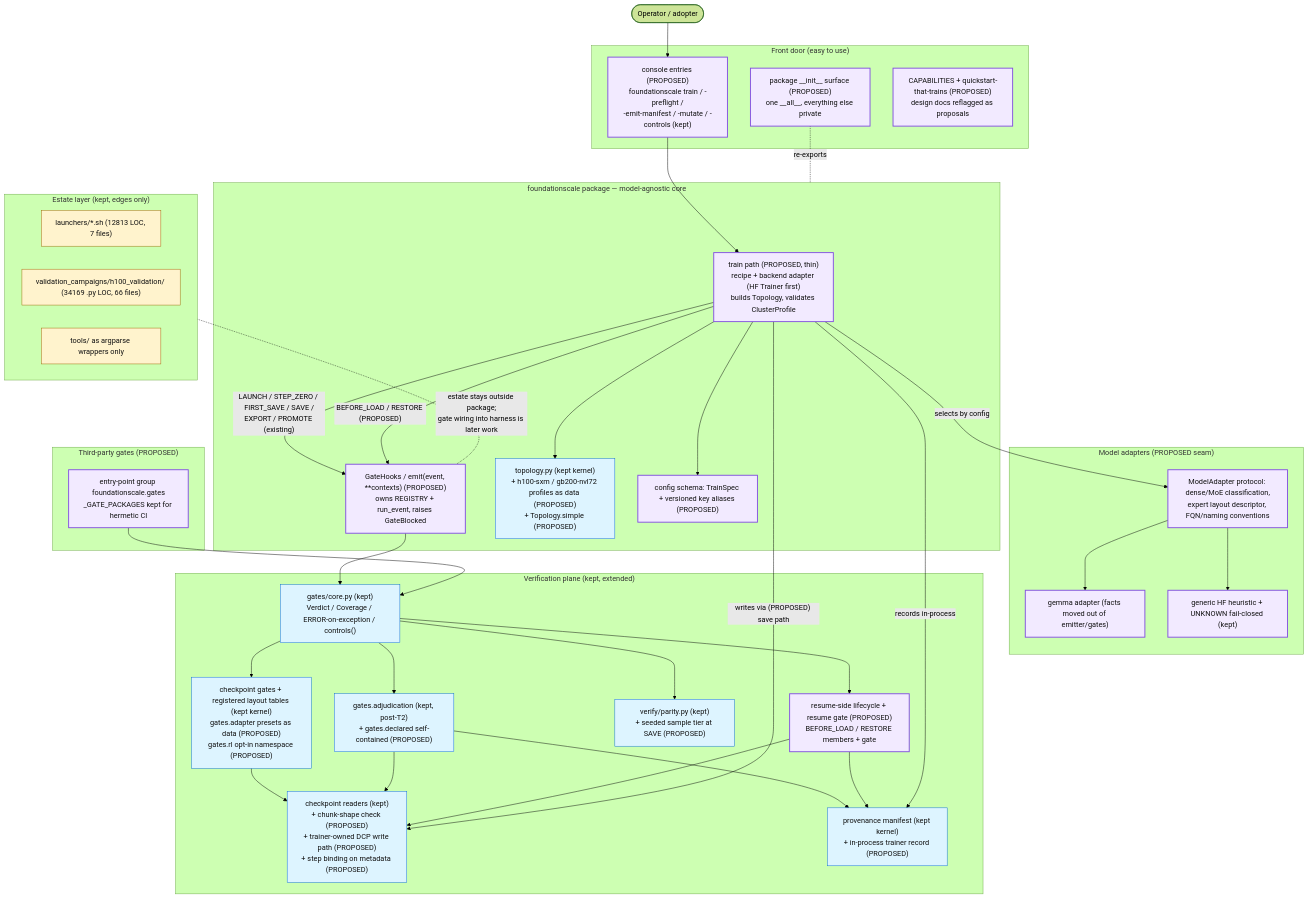
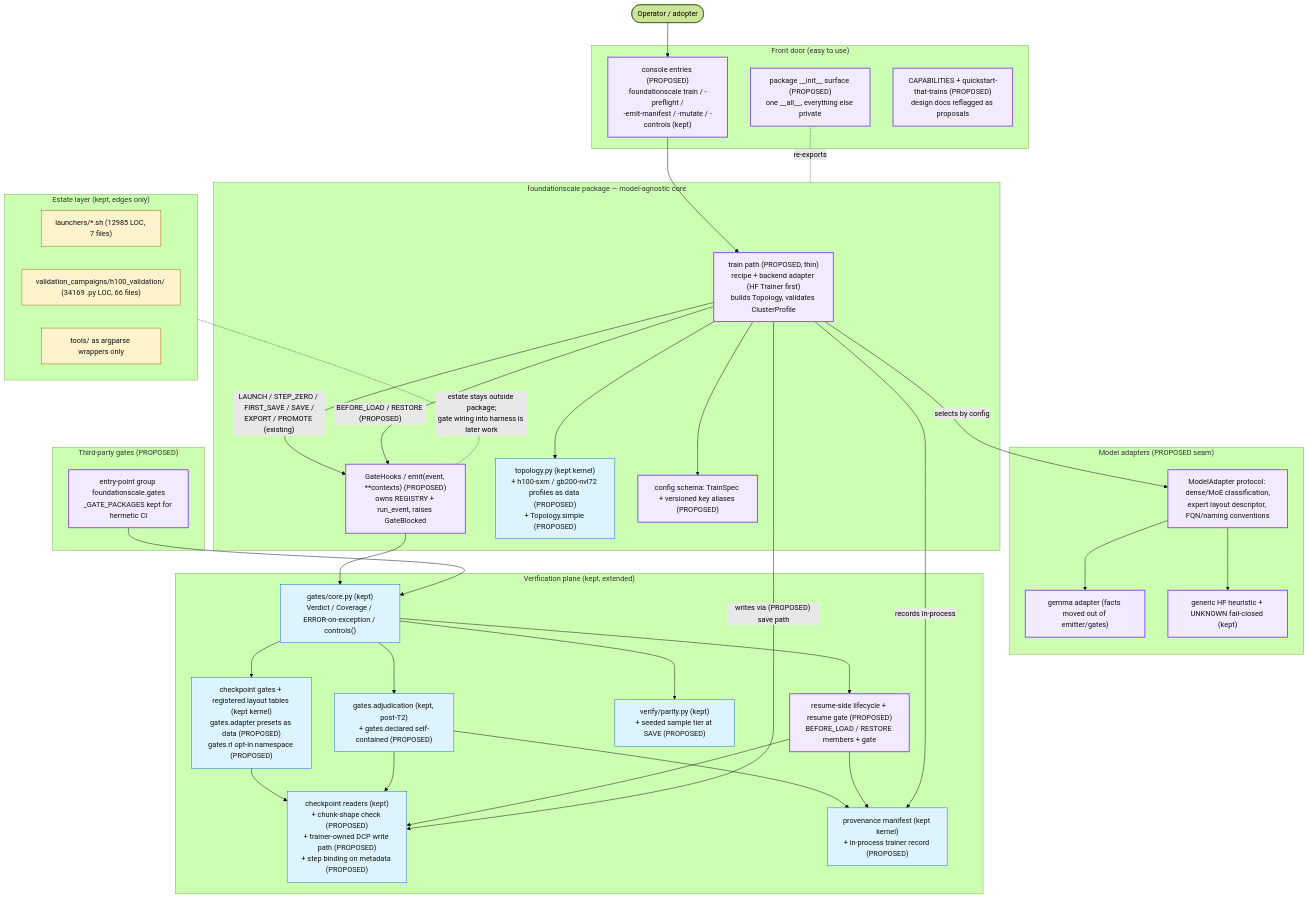
One commit to TranNhiem/FoundationScale changed the diagram in docs/review/D5_proposed_architecture.md. Above: the diagram before and after it, drawn with Mermaid (forest theme). The commit also changed other lines of this file and 14 other files, not shown here.

````diff
--- a/docs/review/D5_proposed_architecture.md
+++ b/docs/review/D5_proposed_architecture.md
@@ -13,74 +13,74 @@
 ```mermaid
 flowchart TB
   U(["Operator / adopter"])
 
   subgraph FRONT["Front door (easy to use)"]
     CLI["console entries (PROPOSED)<br/>foundationscale train / -preflight /<br/>-emit-manifest / -mutate / -controls (kept)"]
     SURF["package __init__ surface (PROPOSED)<br/>one __all__, everything else private"]
     DOCS["CAPABILITIES + quickstart-that-trains (PROPOSED)<br/>design docs reflagged as proposals"]
   end
 
   subgraph CORE["foundationscale package — model-agnostic core"]
     TRAIN["train path (PROPOSED, thin)<br/>recipe + backend adapter (HF Trainer first)<br/>builds Topology, validates ClusterProfile"]
     HOOKS["GateHooks / emit(event, **contexts) (PROPOSED)<br/>owns REGISTRY + run_event, raises GateBlocked"]
     TOPO["topology.py (kept kernel)<br/>+ h100-sxm / gb200-nvl72 profiles as data (PROPOSED)<br/>+ Topology.simple (PROPOSED)"]
     CONFIG["config schema: TrainSpec + versioned key aliases (PROPOSED)"]
   end
 
   subgraph ADAPT["Model adapters (PROPOSED seam)"]
     MA["ModelAdapter protocol: dense/MoE classification,<br/>expert layout descriptor, FQN/naming conventions"]
     GEM["gemma adapter (facts moved out of emitter/gates)"]
     HF["generic HF heuristic + UNKNOWN fail-closed (kept)"]
   end
 
   subgraph VERIFY["Verification plane (kept, extended)"]
     GCORE["gates/core.py (kept)<br/>Verdict / Coverage / ERROR-on-exception / controls()"]
     GCK["checkpoint gates + registered layout tables (kept kernel)<br/>gates.adapter presets as data (PROPOSED)<br/>gates.rl opt-in namespace (PROPOSED)"]
     ADJ["gates.adjudication (kept, post-T2)<br/>+ gates.declared self-contained (PROPOSED)"]
     PAR["verify/parity.py (kept)<br/>+ seeded sample tier at SAVE (PROPOSED)"]
     CKIO["checkpoint readers (kept)<br/>+ chunk-shape check (PROPOSED)<br/>+ trainer-owned DCP write path (PROPOSED)<br/>+ step binding on metadata (PROPOSED)"]
     PROV["provenance manifest (kept kernel)<br/>+ in-process trainer record (PROPOSED)"]
     RES["resume-side lifecycle + resume gate (PROPOSED)<br/>BEFORE_LOAD / RESTORE members + gate"]
   end
 
   subgraph PLUG["Third-party gates (PROPOSED)"]
     EP["entry-point group foundationscale.gates<br/>_GATE_PACKAGES kept for hermetic CI"]
   end
 
   subgraph ESTATE["Estate layer (kept, edges only)"]
-    LAU["launchers/*.sh (12813 LOC, 7 files)"]
+    LAU["launchers/*.sh (12985 LOC, 7 files)"]
     H100["validation_campaigns/h100_validation/ (34169 .py LOC, 66 files)"]
     WRAP["tools/ as argparse wrappers only"]
   end
 
   U --> CLI --> TRAIN
   SURF -. re-exports .- CORE
   TRAIN --> TOPO
   TRAIN --> CONFIG
   TRAIN -- "selects by config" --> MA
   MA --> GEM
   MA --> HF
   TRAIN -- "LAUNCH / STEP_ZERO / FIRST_SAVE / SAVE /<br/>EXPORT / PROMOTE (existing)" --> HOOKS
   TRAIN -- "BEFORE_LOAD / RESTORE (PROPOSED)" --> HOOKS
   HOOKS --> GCORE
   EP --> GCORE
   GCORE --> GCK
   GCORE --> ADJ
   GCORE --> PAR
   GCORE --> RES
   GCK --> CKIO
   ADJ --> CKIO
   ADJ --> PROV
   RES --> CKIO
   RES --> PROV
   TRAIN -- "writes via (PROPOSED) save path" --> CKIO
   TRAIN -- "records in-process" --> PROV
   ESTATE -. "estate stays outside package;<br/>gate wiring into harness is later work" .- HOOKS
 
   classDef new fill:#f2eaff,stroke:#8250df,stroke-width:2px,color:#111;
   classDef kept fill:#ddf4ff,stroke:#0969da,color:#111;
   classDef estate fill:#fff3cd,stroke:#9a6700,color:#111;
   class TRAIN,HOOKS,CLI,SURF,DOCS,MA,GEM,HF,RES,EP,CONFIG new;
   class GCORE,GCK,ADJ,PAR,CKIO,PROV,TOPO kept;
   class LAU,H100,WRAP estate;
 ```
````
